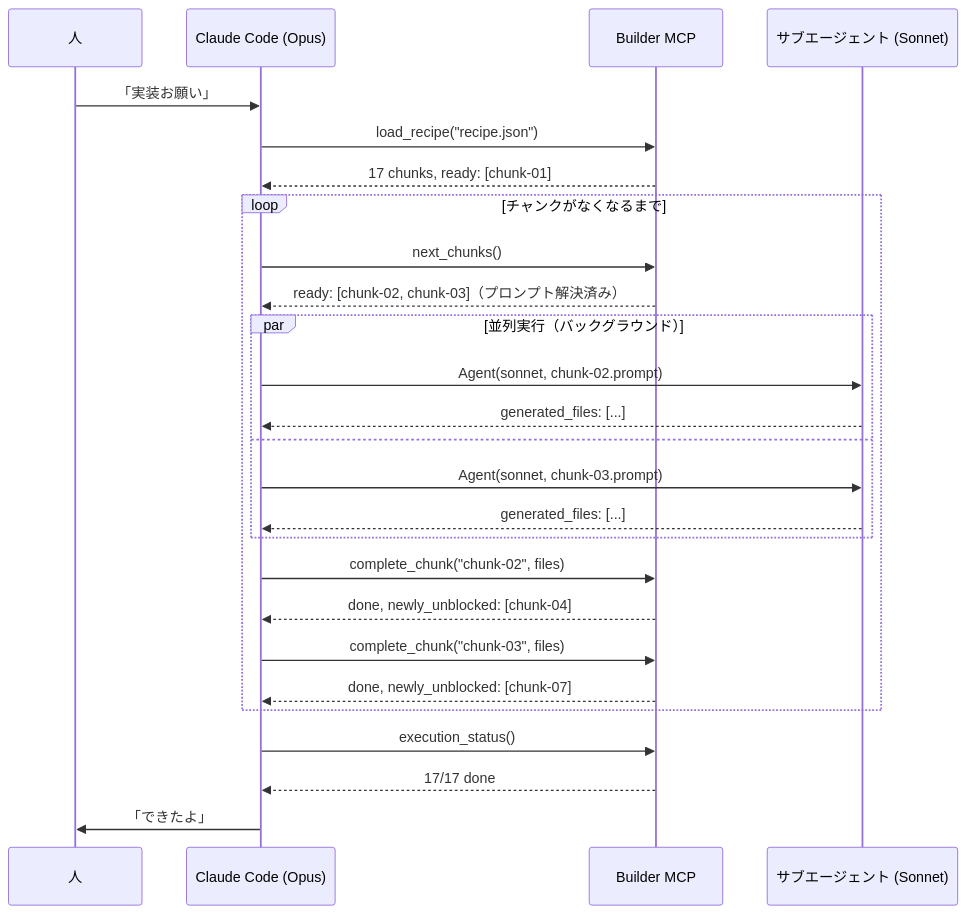
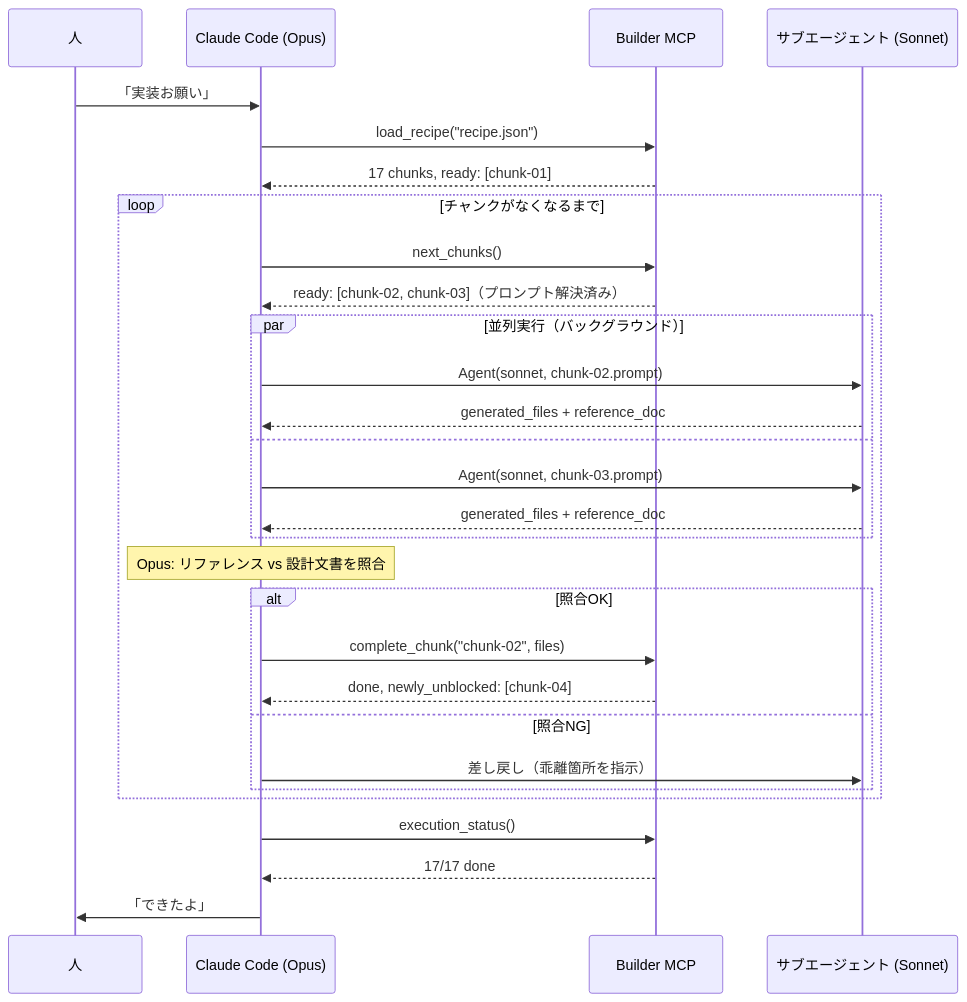
One commit to cdd-evangelist/CDD-Assistants changed the first of 2 diagrams in docs/builder-design.md. Above: the diagram before and after it, drawn with Mermaid. The commit also changed other lines of this file and 11 other files, not shown here.

````diff
--- a/docs/builder-design.md
+++ b/docs/builder-design.md
@@ -687,33 +758,36 @@
 ```mermaid
 sequenceDiagram
     participant H as 人
     participant C as Claude Code (Opus)
     participant B as Builder MCP
     participant S as サブエージェント (Sonnet)
 
     H->>C: 「実装お願い」
     C->>B: load_recipe("recipe.json")
     B-->>C: 17 chunks, ready: [chunk-01]
 
     loop チャンクがなくなるまで
         C->>B: next_chunks()
         B-->>C: ready: [chunk-02, chunk-03]（プロンプト解決済み）
 
         par 並列実行（バックグラウンド）
             C->>S: Agent(sonnet, chunk-02.prompt)
-            S-->>C: generated_files: [...]
+            S-->>C: generated_files + reference_doc
         and
             C->>S: Agent(sonnet, chunk-03.prompt)
-            S-->>C: generated_files: [...]
+            S-->>C: generated_files + reference_doc
         end
 
-        C->>B: complete_chunk("chunk-02", files)
-        B-->>C: done, newly_unblocked: [chunk-04]
-        C->>B: complete_chunk("chunk-03", files)
-        B-->>C: done, newly_unblocked: [chunk-07]
+        Note over C: Opus: リファレンス vs 設計文書を照合
+        alt 照合OK
+            C->>B: complete_chunk("chunk-02", files)
+            B-->>C: done, newly_unblocked: [chunk-04]
+        else 照合NG
+            C->>S: 差し戻し（乖離箇所を指示）
+        end
     end
 
     C->>B: execution_status()
     B-->>C: 17/17 done
     C->>H: 「できたよ」
 ```
````
